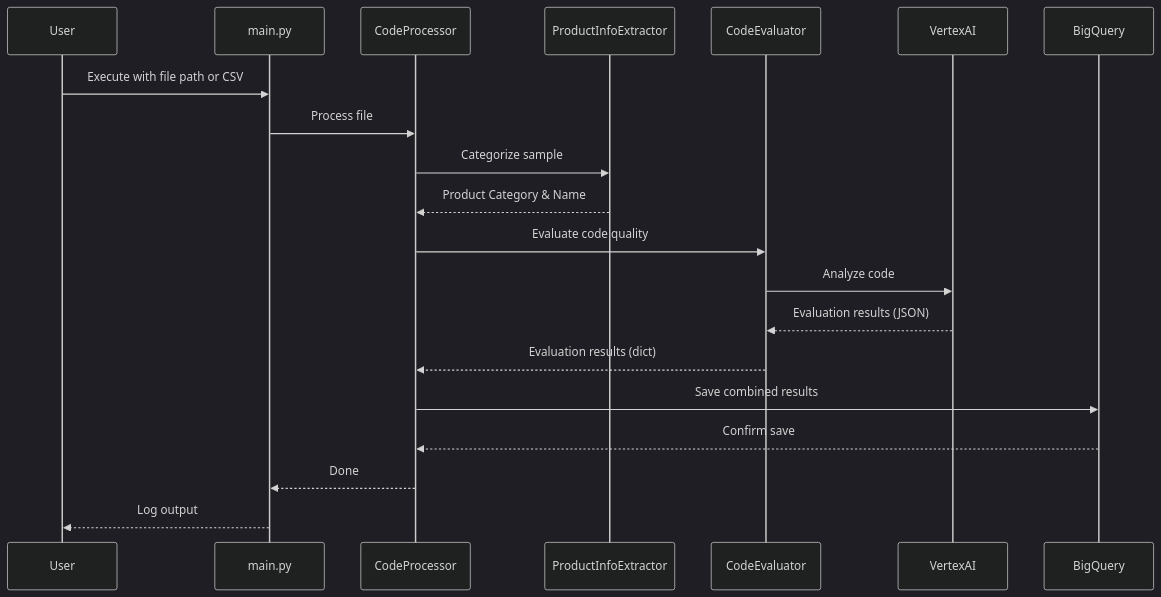
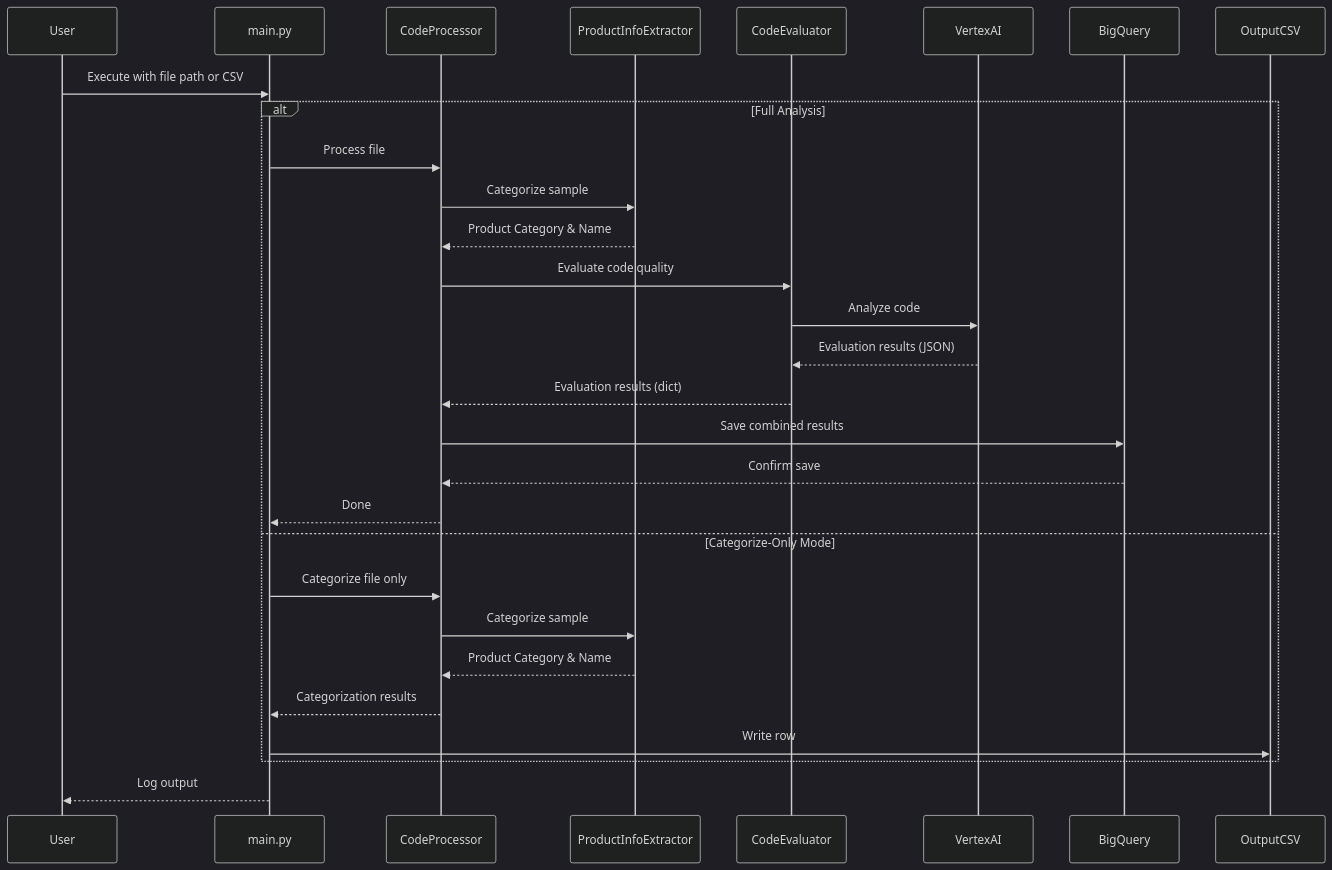
One commit to joeshirey/JSRepoAnalysis changed the second of 2 diagrams in docs/TECHNICAL_DESIGN.md. Above: the diagram before and after it, drawn with Mermaid (dark theme). The commit also changed other lines of this file and 1 other file, not shown here.

Commit message:
feat: Update documentation with recent changes
Align README and technical design with the new --categorize-only flag and other recent enhancements.

````diff
--- a/docs/TECHNICAL_DESIGN.md
+++ b/docs/TECHNICAL_DESIGN.md
@@ -91,23 +94,34 @@
 ```mermaid
 sequenceDiagram
     participant User
     participant main.py
     participant CodeProcessor
     participant ProductInfoExtractor
     participant CodeEvaluator
     participant VertexAI
     participant BigQuery
+    participant OutputCSV
 
     User->>main.py: Execute with file path or CSV
-    main.py->>CodeProcessor: Process file
-    CodeProcessor->>ProductInfoExtractor: Categorize sample
-    ProductInfoExtractor-->>CodeProcessor: Product Category & Name
-    CodeProcessor->>CodeEvaluator: Evaluate code quality
-    CodeEvaluator->>VertexAI: Analyze code
-    VertexAI-->>CodeEvaluator: Evaluation results (JSON)
-    CodeEvaluator-->>CodeProcessor: Evaluation results (dict)
-    CodeProcessor->>BigQuery: Save combined results
-    BigQuery-->>CodeProcessor: Confirm save
-    CodeProcessor-->>main.py: Done
+    
+    alt Full Analysis
+        main.py->>CodeProcessor: Process file
+        CodeProcessor->>ProductInfoExtractor: Categorize sample
+        ProductInfoExtractor-->>CodeProcessor: Product Category & Name
+        CodeProcessor->>CodeEvaluator: Evaluate code quality
+        CodeEvaluator->>VertexAI: Analyze code
+        VertexAI-->>CodeEvaluator: Evaluation results (JSON)
+        CodeEvaluator-->>CodeProcessor: Evaluation results (dict)
+        CodeProcessor->>BigQuery: Save combined results
+        BigQuery-->>CodeProcessor: Confirm save
+        CodeProcessor-->>main.py: Done
+    else Categorize-Only Mode
+        main.py->>CodeProcessor: Categorize file only
+        CodeProcessor->>ProductInfoExtractor: Categorize sample
+        ProductInfoExtractor-->>CodeProcessor: Product Category & Name
+        CodeProcessor-->>main.py: Categorization results
+        main.py->>OutputCSV: Write row
+    end
+
     main.py-->>User: Log output
 ```
````
